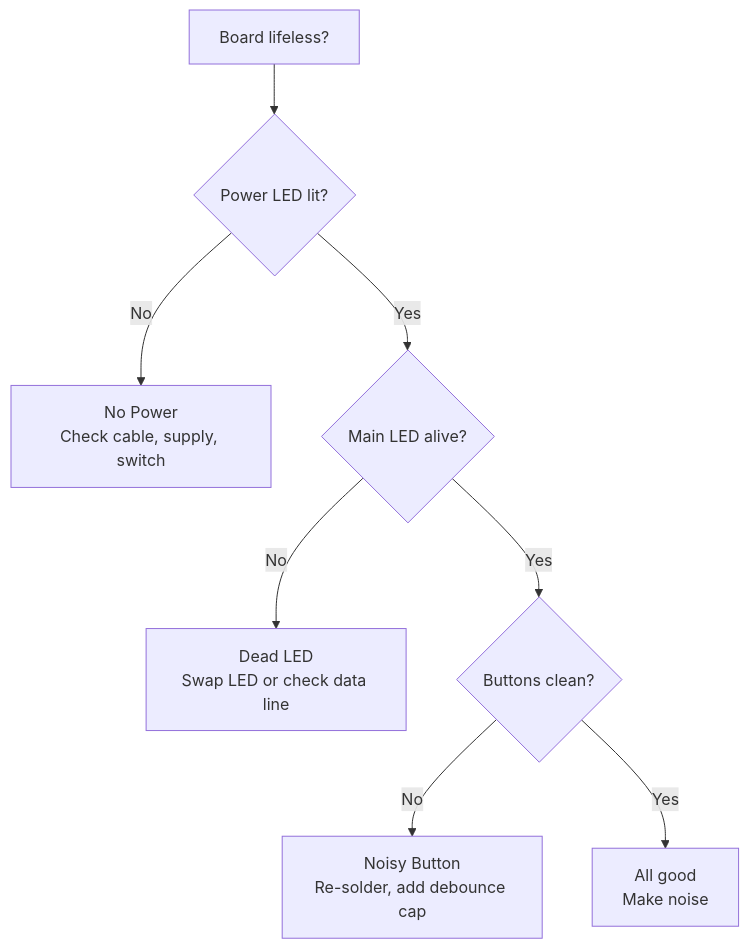
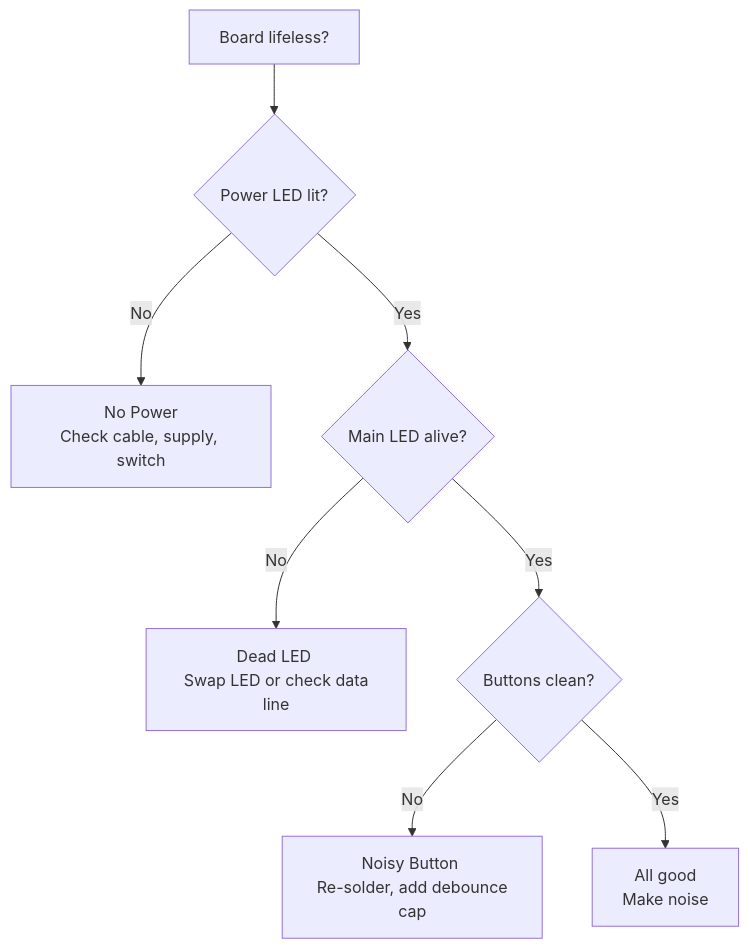
The diagram in docs/Troubleshooting.md (bseverns/MOARkNOBS-42), drawn with Mermaid before and after one commit.

````diff
--- a/docs/Troubleshooting.md
+++ b/docs/Troubleshooting.md
@@ -7,10 +7,10 @@
 ```mermaid
 flowchart TD
   A[Board lifeless?] --> B{Power LED lit?}
   B -- No --> C[No Power\nCheck cable, supply, switch]
   B -- Yes --> D{Main LED alive?}
-  D -- No --> E[Dead LED\nSwap LED or check data line]
+  D -- No --> E[Dead LED \n Swap LED or check data line]
   D -- Yes --> F{Buttons clean?}
-  F -- No --> G[Noisy Button\nRe-solder, add debounce cap]
-  F -- Yes --> H[All good\nMake noise]
+  F -- No --> G[Noisy Button \n Re-solder, add debounce cap]
+  F -- Yes --> H[All good \n Make noise]
 ```
````
